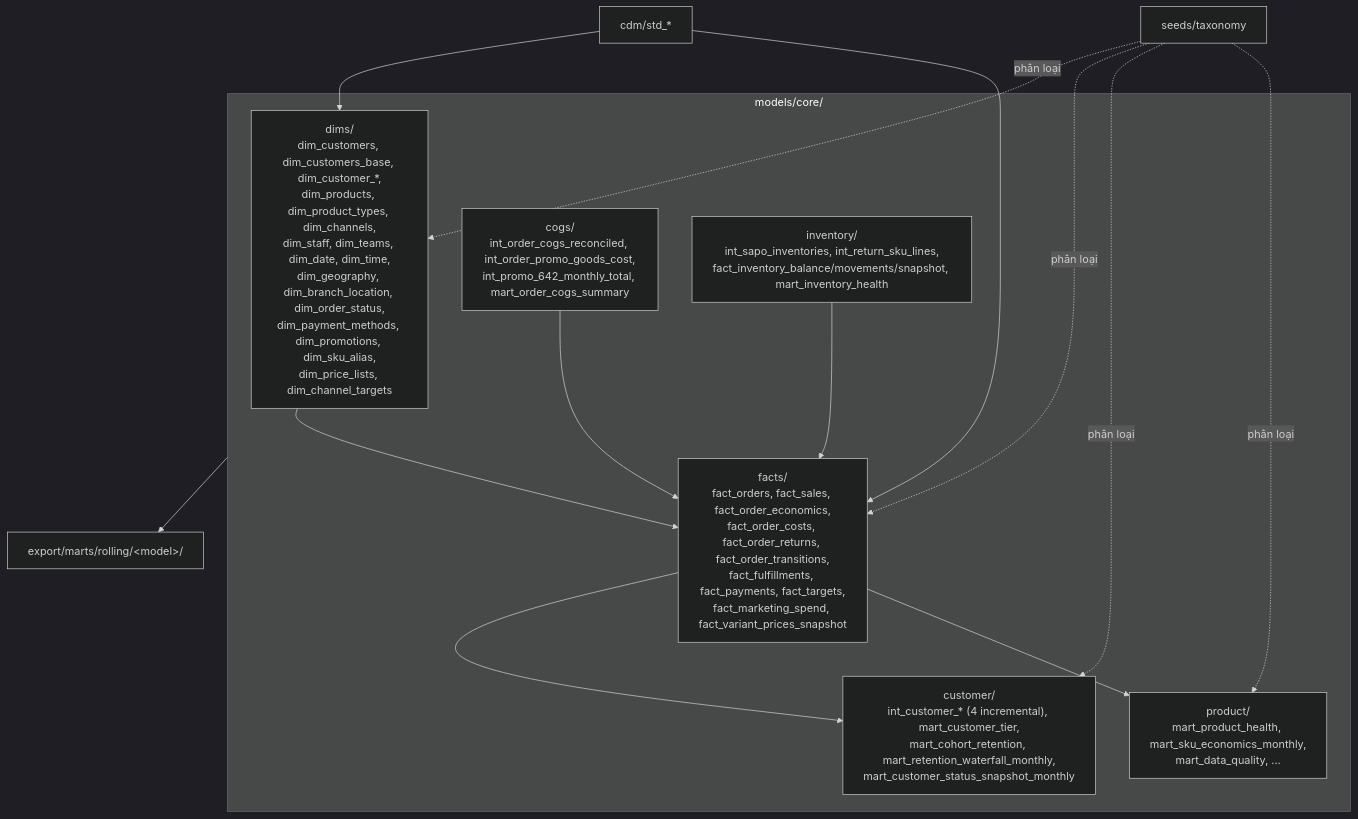
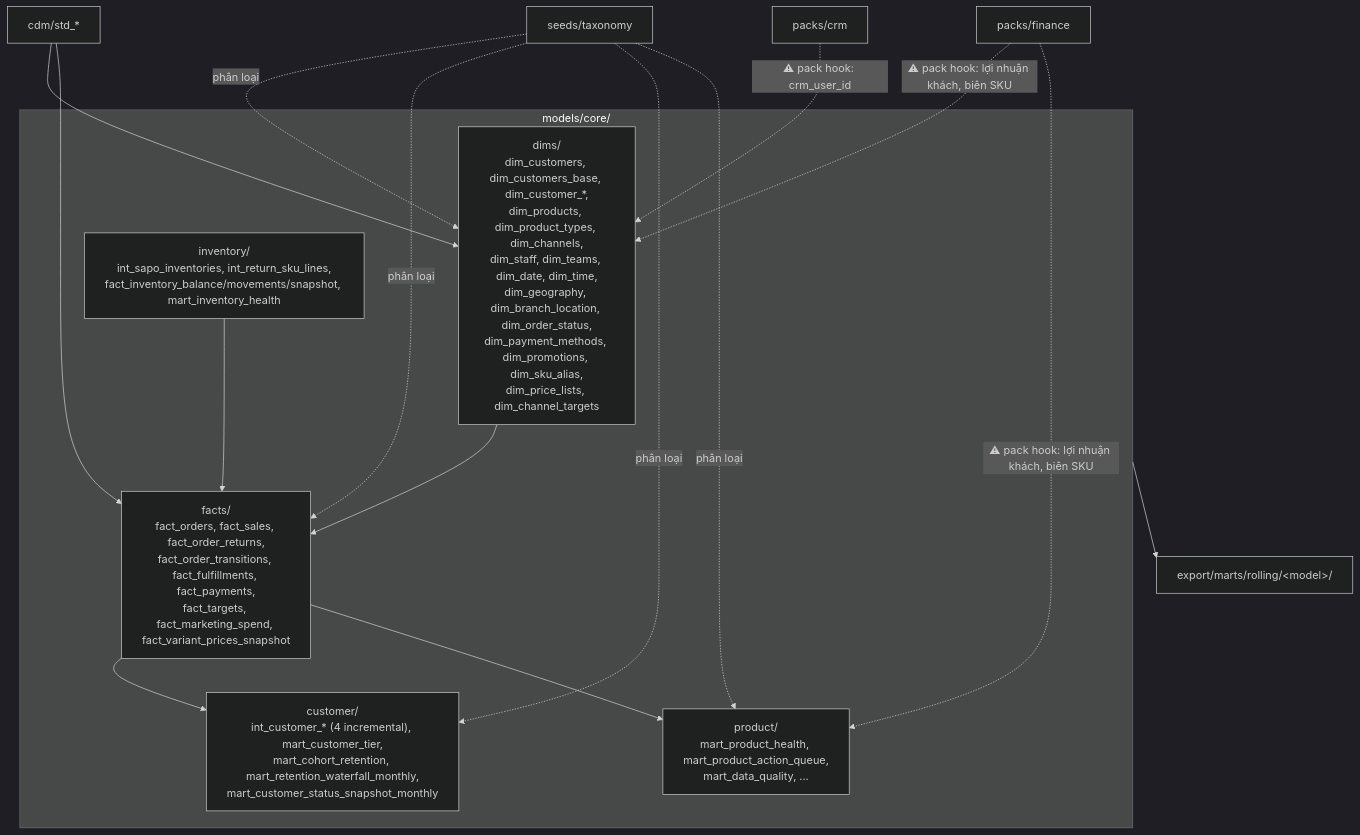
Before and after one commit to vantt/data-integration: the eighth of 13 diagrams in docs/architecture/modules.md, drawn with Mermaid (dark theme). The commit also changed other lines of this file and 149 other files, not shown here.

First line of the commit message:
refactor(modules): move product logic into packs and keep only US shipment in the Fine Japan tenant

````diff
--- a/docs/architecture/modules.md
+++ b/docs/architecture/modules.md
@@ -402,17 +435,18 @@
 ```mermaid
 flowchart TB
     CDM["cdm/std_*"] --> DIMS
     CDM --> FACTS
     subgraph CORE["models/core/"]
         DIMS["dims/<br/>dim_customers, dim_customers_base, dim_customer_*,<br/>dim_products, dim_product_types, dim_channels,<br/>dim_staff, dim_teams, dim_date, dim_time,<br/>dim_geography, dim_branch_location, dim_order_status,<br/>dim_payment_methods, dim_promotions, dim_sku_alias,<br/>dim_price_lists, dim_channel_targets"]
-        FACTS["facts/<br/>fact_orders, fact_sales, fact_order_economics,<br/>fact_order_costs, fact_order_returns, fact_order_transitions,<br/>fact_fulfillments, fact_payments, fact_targets,<br/>fact_marketing_spend, fact_variant_prices_snapshot"]
+        FACTS["facts/<br/>fact_orders, fact_sales, fact_order_returns,<br/>fact_order_transitions, fact_fulfillments, fact_payments,<br/>fact_targets, fact_marketing_spend, fact_variant_prices_snapshot"]
         CUST["customer/<br/>int_customer_* (4 incremental), mart_customer_tier,<br/>mart_cohort_retention, mart_retention_waterfall_monthly,<br/>mart_customer_status_snapshot_monthly"]
-        PROD["product/<br/>mart_product_health, mart_sku_economics_monthly,<br/>mart_data_quality, ..."]
-        COGS["cogs/<br/>int_order_cogs_reconciled, int_order_promo_goods_cost,<br/>int_promo_642_monthly_total, mart_order_cogs_summary"]
+        PROD["product/<br/>mart_product_health, mart_product_action_queue,<br/>mart_data_quality, ..."]
         INV["inventory/<br/>int_sapo_inventories, int_return_sku_lines,<br/>fact_inventory_balance/movements/snapshot, mart_inventory_health"]
     end
     DIMS --> FACTS --> CUST & PROD
-    COGS & INV --> FACTS
+    INV --> FACTS
     TAX["seeds/taxonomy"] -. "phân loại" .-> DIMS & FACTS & CUST & PROD
     CORE --> ROLL["export/marts/rolling/&lt;model&gt;/"]
+    FIN["packs/finance"] -. "⚠ pack hook: lợi nhuận khách, biên SKU" .-> DIMS & PROD
+    CRMP["packs/crm"] -. "⚠ pack hook: crm_user_id" .-> DIMS
 ```
````
